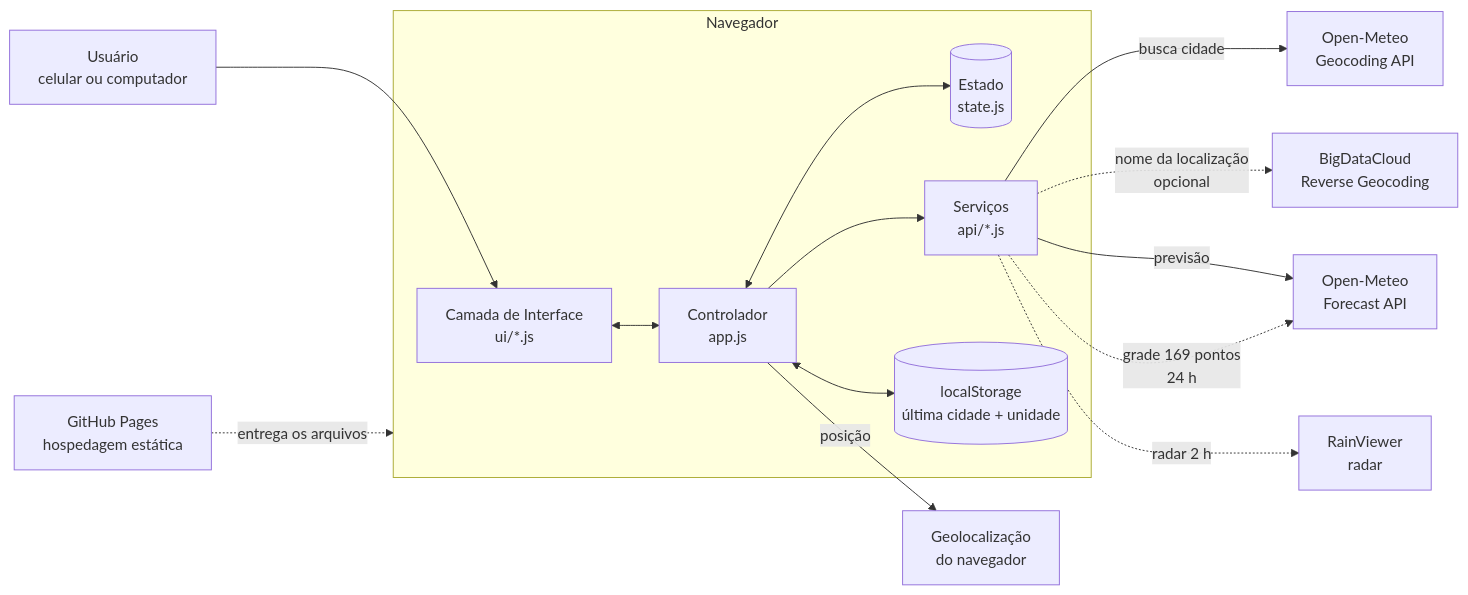
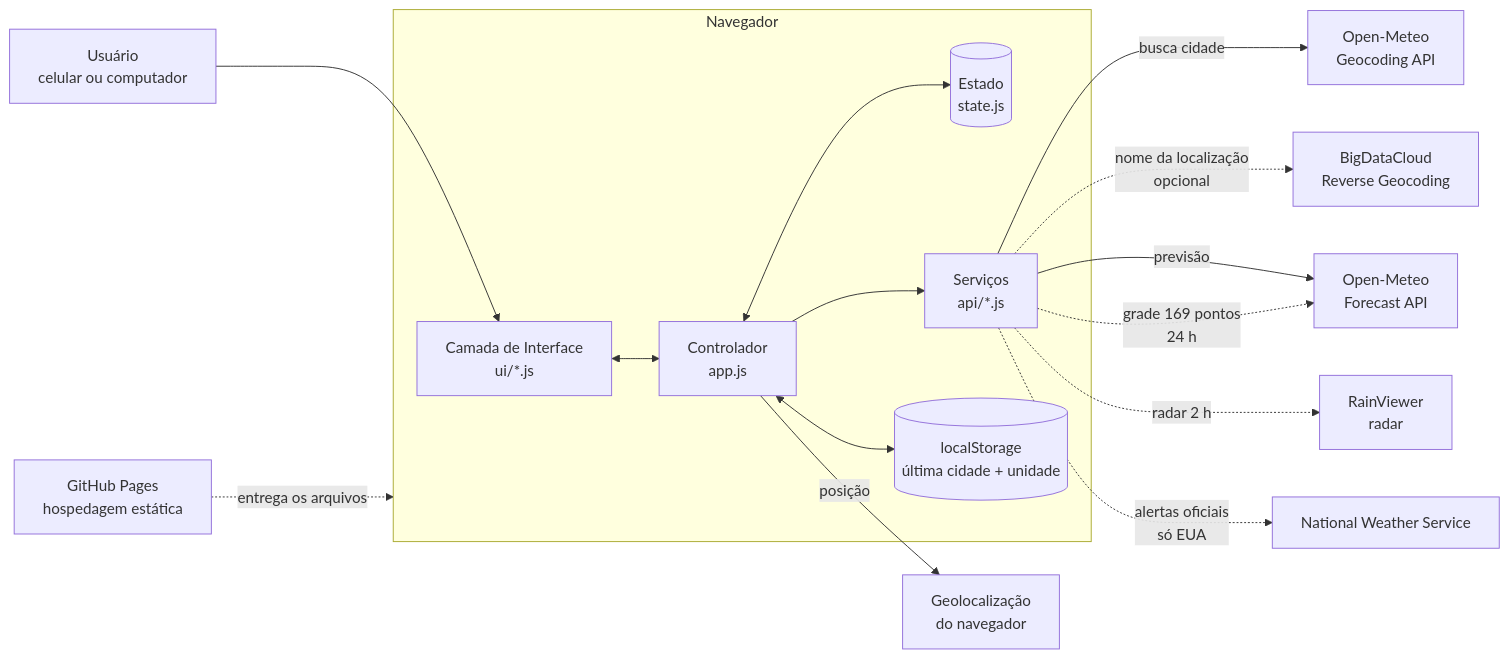
One commit to dalmoacosta-EmetOS/previsao-tempo changed the first of 2 diagrams in docs/02-arquitetura.md. Above: the diagram before and after it, drawn with Mermaid. The commit also changed other lines of this file and 29 other files, not shown here.

First line of the commit message:
feat: v2.0 - detalhe da hora, resumo Dia/Noite e alertas oficiais do NWS (ADR-019/020)

````diff
--- a/docs/02-arquitetura.md
+++ b/docs/02-arquitetura.md
@@ -7,25 +7,26 @@
 ```mermaid
 flowchart LR
     U[Usuário<br/>celular ou computador] --> UI
 
     subgraph Navegador
         UI[Camada de Interface<br/>ui/*.js]
         APP[Controlador<br/>app.js]
         STATE[(Estado<br/>state.js)]
         SVC[Serviços<br/>api/*.js]
         STORE[(localStorage<br/>última cidade + unidade)]
         UI <--> APP
         APP <--> STATE
         APP --> SVC
         APP <--> STORE
     end
 
     SVC -->|busca cidade| GEO[Open-Meteo<br/>Geocoding API]
     SVC -.->|nome da localização<br/>opcional| RG[BigDataCloud<br/>Reverse Geocoding]
     SVC -->|previsão| FC[Open-Meteo<br/>Forecast API]
     SVC -.->|radar 2 h| RV[RainViewer<br/>radar]
+    SVC -.->|alertas oficiais<br/>só EUA| NWS[National Weather Service]
     SVC -.->|grade 169 pontos<br/>24 h| FC
     APP -->|posição| GPS[Geolocalização<br/>do navegador]
 
     HOST[GitHub Pages<br/>hospedagem estática] -. entrega os arquivos .-> Navegador
 ```
````
